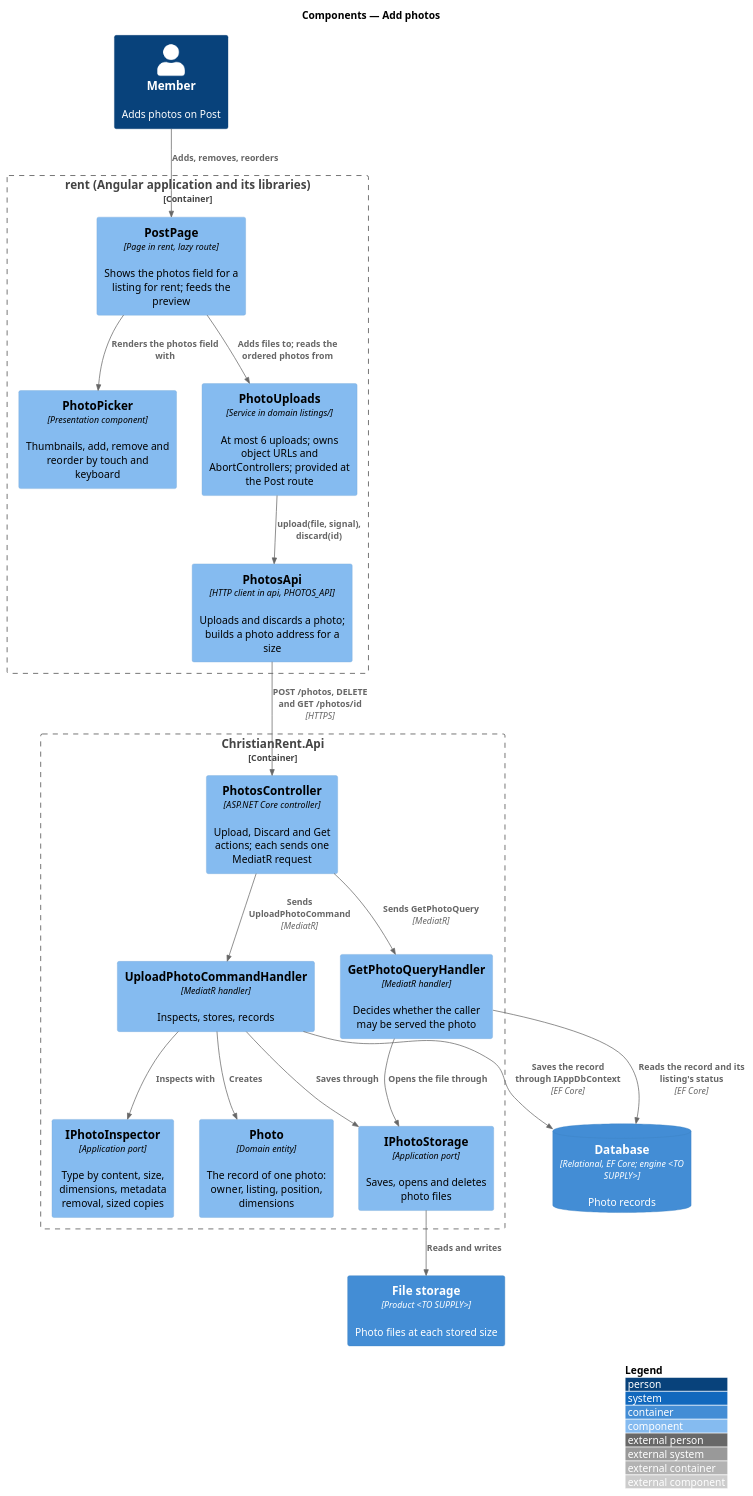
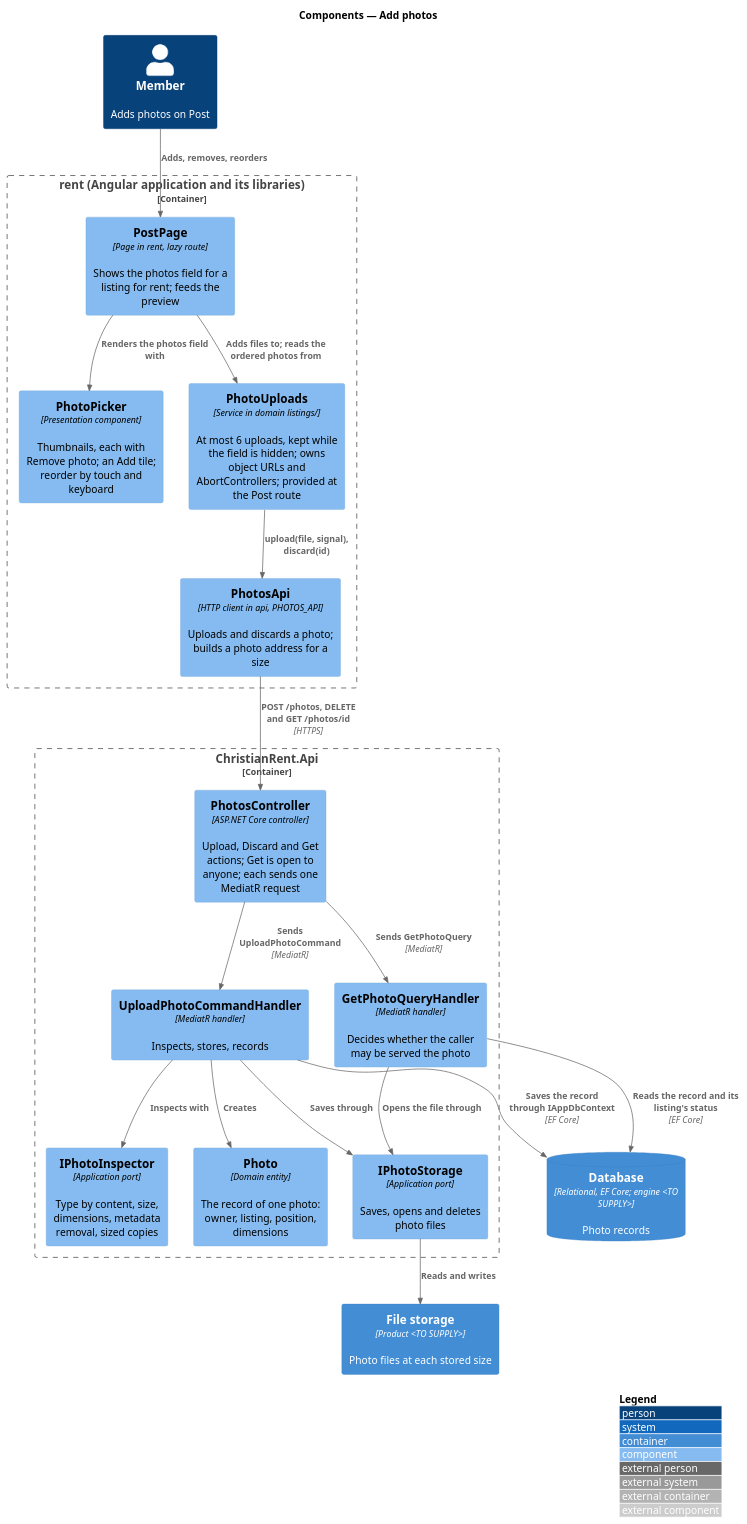
The diagram in docs/detailed-designs/listings/add-photos/diagrams/c4-component.puml (QuinntyneBrown/christian-rent), drawn with PlantUML before and after one commit. The commit also changed 148 other files, not shown here.

```diff
--- a/docs/detailed-designs/listings/add-photos/diagrams/c4-component.puml
+++ b/docs/detailed-designs/listings/add-photos/diagrams/c4-component.puml
@@ -1,38 +1,38 @@
 @startuml
 !include <C4/C4_Component>
 LAYOUT_WITH_LEGEND()
 title Components — Add photos
 
 Person(member, "Member", "Adds photos on Post")
 Container_Boundary(rent, "rent (Angular application and its libraries)") {
   Component(page, "PostPage", "Page in rent, lazy route", "Shows the photos field for a listing for rent; feeds the preview")
-  Component(picker, "PhotoPicker", "Presentation component", "Thumbnails, add, remove and reorder by touch and keyboard")
-  Component(uploads, "PhotoUploads", "Service in domain listings/", "At most 6 uploads; owns object URLs and AbortControllers; provided at the Post route")
+  Component(picker, "PhotoPicker", "Presentation component", "Thumbnails, each with Remove photo; an Add tile; reorder by touch and keyboard")
+  Component(uploads, "PhotoUploads", "Service in domain listings/", "At most 6 uploads, kept while the field is hidden; owns object URLs and AbortControllers; provided at the Post route")
   Component(client, "PhotosApi", "HTTP client in api, PHOTOS_API", "Uploads and discards a photo; builds a photo address for a size")
 }
 Container_Boundary(api, "ChristianRent.Api") {
-  Component(ctrl, "PhotosController", "ASP.NET Core controller", "Upload, Discard and Get actions; each sends one MediatR request")
+  Component(ctrl, "PhotosController", "ASP.NET Core controller", "Upload, Discard and Get actions; Get is open to anyone; each sends one MediatR request")
   Component(upload, "UploadPhotoCommandHandler", "MediatR handler", "Inspects, stores, records")
   Component(get, "GetPhotoQueryHandler", "MediatR handler", "Decides whether the caller may be served the photo")
   Component(inspector, "IPhotoInspector", "Application port", "Type by content, size, dimensions, metadata removal, sized copies")
   Component(storage, "IPhotoStorage", "Application port", "Saves, opens and deletes photo files")
   Component(entity, "Photo", "Domain entity", "The record of one photo: owner, listing, position, dimensions")
 }
 ContainerDb(db, "Database", "Relational, EF Core; engine <TO SUPPLY>", "Photo records")
 Container(files, "File storage", "Product <TO SUPPLY>", "Photo files at each stored size")
 
 Rel(member, page, "Adds, removes, reorders")
 Rel(page, picker, "Renders the photos field with")
 Rel(page, uploads, "Adds files to; reads the ordered photos from")
 Rel(uploads, client, "upload(file, signal), discard(id)")
 Rel(client, ctrl, "POST /photos, DELETE and GET /photos/id", "HTTPS")
 Rel(ctrl, upload, "Sends UploadPhotoCommand", "MediatR")
 Rel(ctrl, get, "Sends GetPhotoQuery", "MediatR")
 Rel(upload, inspector, "Inspects with")
 Rel(upload, storage, "Saves through")
 Rel(upload, entity, "Creates")
 Rel(upload, db, "Saves the record through IAppDbContext", "EF Core")
 Rel(get, db, "Reads the record and its listing's status", "EF Core")
 Rel(get, storage, "Opens the file through")
 Rel(storage, files, "Reads and writes")
 @enduml
```
